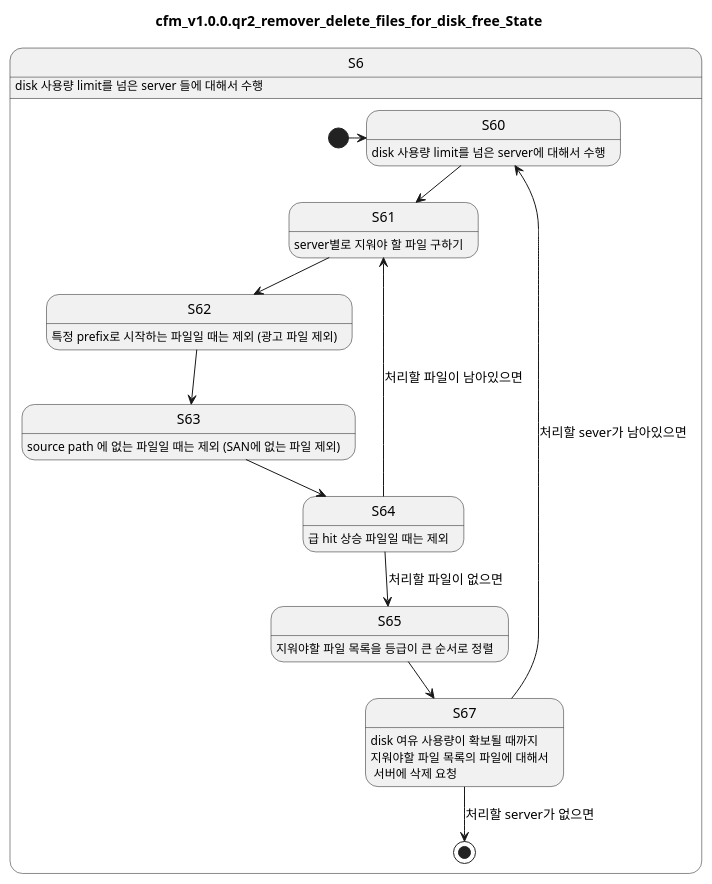
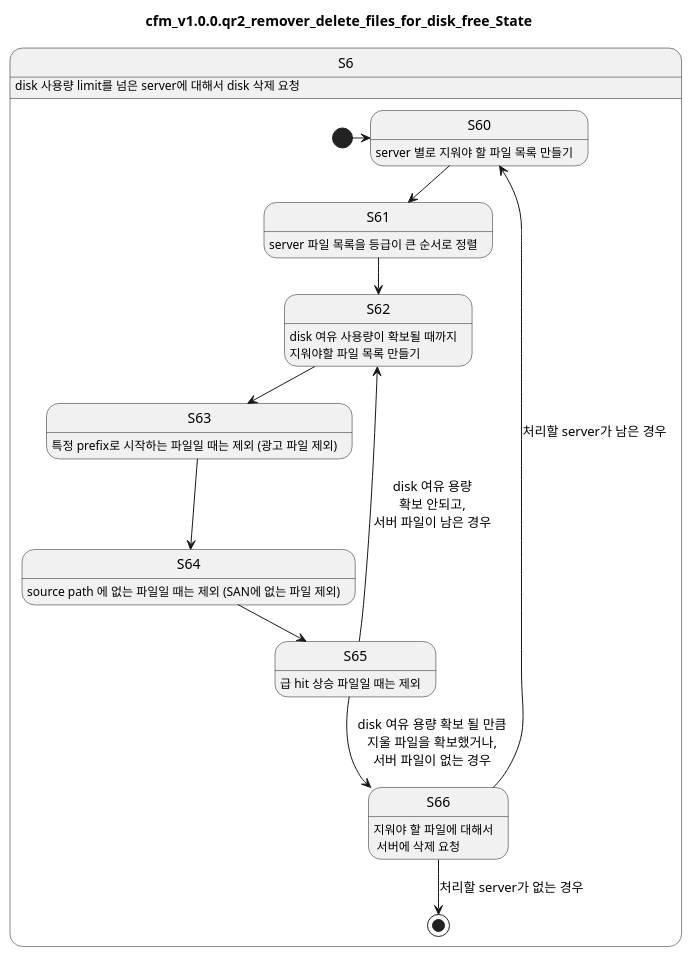
The fifth of 9 diagrams in doc/SEQUENCE.puml (castisdev/cfm), drawn with PlantUML before and after one commit. The commit also changed other lines of this file and 24 other files, not shown here.

```diff
--- a/doc/SEQUENCE.puml
+++ b/doc/SEQUENCE.puml
@@ -279,24 +249,26 @@
 @startuml
 title cfm_v1.0.0.qr2_remover_delete_files_for_disk_free_State
 hide empty description
 state S6 {
-S6 : disk 사용량 limit를 넘은 server 들에 대해서 수행
+S6 : disk 사용량 limit를 넘은 server에 대해서 disk 삭제 요청
+
+S60 : server 별로 지워야 할 파일 목록 만들기
+S61 : server 파일 목록을 등급이 큰 순서로 정렬
+S62 : disk 여유 사용량이 확보될 때까지\n지워야할 파일 목록 만들기
+S63: 특정 prefix로 시작하는 파일일 때는 제외 (광고 파일 제외)
+S64 : source path 에 없는 파일일 때는 제외 (SAN에 없는 파일 제외)
+S65 : 급 hit 상승 파일일 때는 제외
+S66 : 지워야 할 파일에 대해서\n 서버에 삭제 요청
+
 [*] -> S60
-S60 : disk 사용량 limit를 넘은 server에 대해서 수행
 S60 --> S61
-S61 : server별로 지워야 할 파일 구하기
 S61 --> S62
-S62 : 특정 prefix로 시작하는 파일일 때는 제외 (광고 파일 제외)
 S62 --> S63
-S63 : source path 에 없는 파일일 때는 제외 (SAN에 없는 파일 제외)
 S63 --> S64
-S64 : 급 hit 상승 파일일 때는 제외
-S64 --> S61 : 처리할 파일이 남아있으면
-S64 --> S65 : 처리할 파일이 없으면
-S65 : 지워야할 파일 목록을 등급이 큰 순서로 정렬
-S65 --> S67
-S67 : disk 여유 사용량이 확보될 때까지\n지워야할 파일 목록의 파일에 대해서\n 서버에 삭제 요청
-S67 --> S60 : 처리할 sever가 남아있으면
-S67 --> [*] : 처리할 server가 없으면
+S64 --> S65
+S65 --> S66 : disk 여유 용량 확보 될 만큼\n지울 파일을 확보했거나,\n서버 파일이 없는 경우
+S65 --> S62 : disk 여유 용량\n확보 안되고,\n서버 파일이 남은 경우
+S66 --> S60 : 처리할 server가 남은 경우
+S66 --> [*] : 처리할 server가 없는 경우
 }
 @enduml
```
